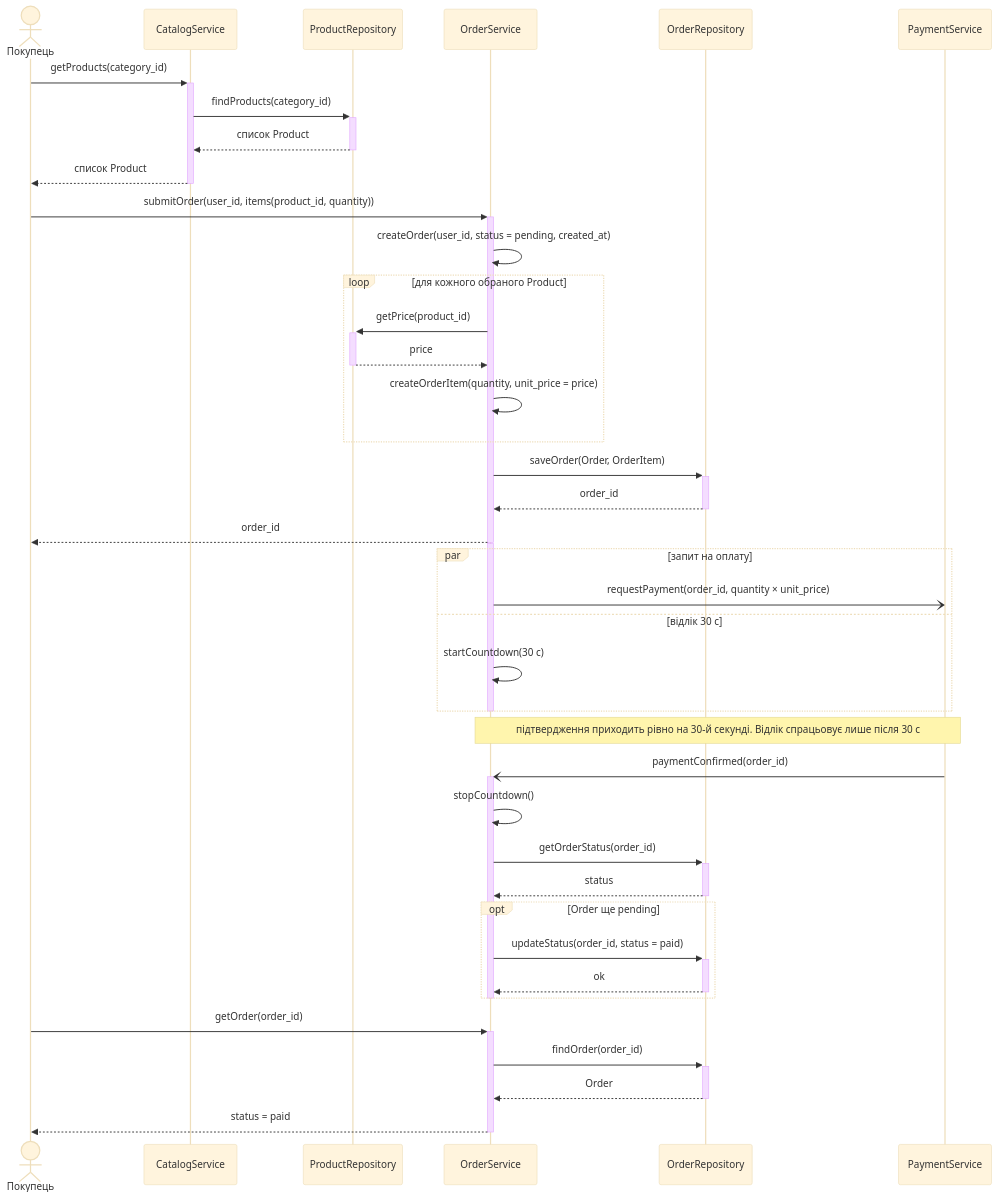
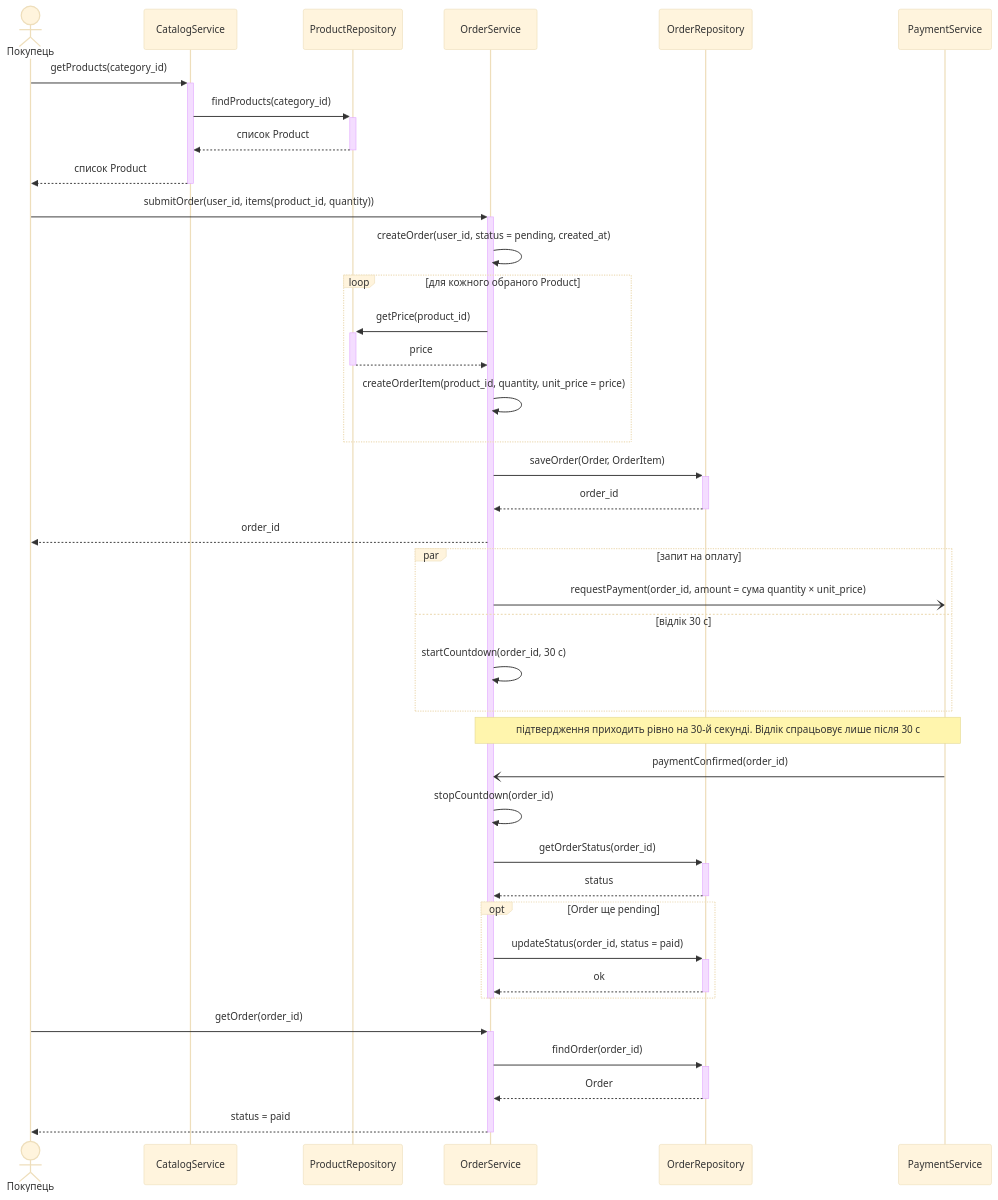
Before and after one commit to linamalina238/kpilab: the first of 3 diagrams in lab3/sequence-diagrams.md, drawn with Mermaid (base theme). The commit also changed other lines of this file, not shown here.

Commit message:
суцільний bar OrderService, product_id в OrderItem, order_id у відліку

````diff
--- a/lab3/sequence-diagrams.md
+++ b/lab3/sequence-diagrams.md
@@ -5,49 +5,47 @@
 ```mermaid
 sequenceDiagram
     actor B as Покупець
     participant C as CatalogService
     participant PR as ProductRepository
     participant O as OrderService
     participant OR as OrderRepository
     participant PS as PaymentService
 
     B->>+C: getProducts(category_id)
     C->>+PR: findProducts(category_id)
     PR-->>-C: список Product
     C-->>-B: список Product
 
     B->>+O: submitOrder(user_id, items(product_id, quantity))
     O->>O: createOrder(user_id, status = pending, created_at)
     loop для кожного обраного Product
         O->>+PR: getPrice(product_id)
         PR-->>-O: price
-        O->>O: createOrderItem(quantity, unit_price = price)
+        O->>O: createOrderItem(product_id, quantity, unit_price = price)
     end
     O->>+OR: saveOrder(Order, OrderItem)
     OR-->>-O: order_id
-    O-->>-B: order_id
+    O-->>B: order_id
 
-    activate O
     par запит на оплату
-        O-)PS: requestPayment(order_id, quantity × unit_price)
+        O-)PS: requestPayment(order_id, amount = сума quantity × unit_price)
     and відлік 30 с
-        O->>O: startCountdown(30 с)
+        O->>O: startCountdown(order_id, 30 с)
     end
-    deactivate O
 
     Note over O,PS: підтвердження приходить рівно на 30-й секунді. Відлік спрацьовує лише після 30 с
-    PS-)+O: paymentConfirmed(order_id)
-    O->>O: stopCountdown()
+    PS-)O: paymentConfirmed(order_id)
+    O->>O: stopCountdown(order_id)
     O->>+OR: getOrderStatus(order_id)
     OR-->>-O: status
     opt Order ще pending
         O->>+OR: updateStatus(order_id, status = paid)
         OR-->>-O: ok
     end
     deactivate O
 
     B->>+O: getOrder(order_id)
     O->>+OR: findOrder(order_id)
     OR-->>-O: Order
     O-->>-B: status = paid
 ```
````
